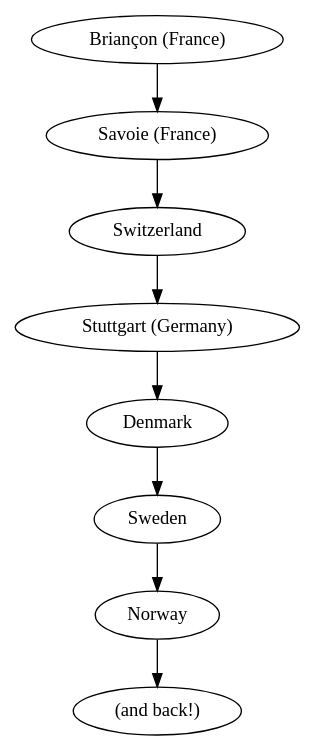
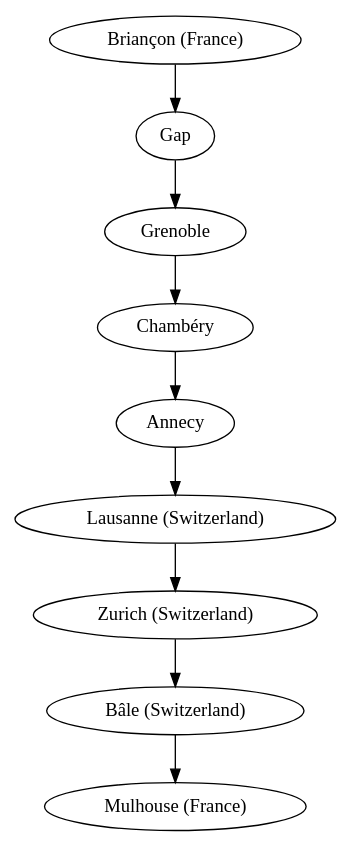
One commit to Naereen/web-sphinx changed the diagram in hitch-hiking.en.rst. Above: the diagram before and after it, drawn with Graphviz. The commit also changed other lines of this file and 2 other files, not shown here.

```diff
--- a/hitch-hiking.en.rst
+++ b/hitch-hiking.en.rst
@@ -34,3 +28,3 @@
 .. digraph:: voyage
 
-   "Briançon (France)" -> "Savoie (France)" -> "Switzerland" -> "Stuttgart (Germany)" -> "Denmark" -> "Sweden" -> "Norway" -> "(and back!)";
+   "Briançon (France)" -> "Gap" -> "Grenoble" -> "Chambéry" -> "Annecy" -> "Lausanne (Switzerland)" -> "Zurich (Switzerland)" -> "Bâle (Switzerland)" -> "Mulhouse (France)";
```
